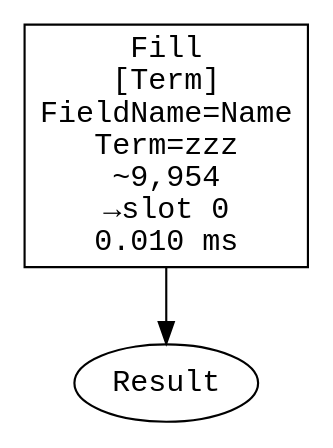
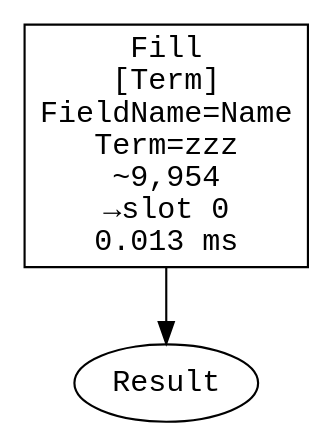
Before and after one commit to ayende/ravendb: the second of 44 diagrams in corax-query-catalog.md, drawn with Graphviz. The commit also changed other lines of this file and 1 other file, not shown here.

First line of the commit message:
RavenDB-25281 Regenerate query catalog for producer-node rendering

````diff
--- a/corax-query-catalog.md
+++ b/corax-query-catalog.md
@@ -101,9 +101,9 @@
 ```dot
 digraph QueryPlan {
   rankdir=TB;
-  node [shape=box, fontname="monospace"];
-  op0 [label="Fill\n[Term]\nFieldName=Name\nTerm=zzz\n~9,954\n→slot 0\n0.010 ms", data_destslot="0", data_dispatch="Term", data_fieldname="Name", data_term="zzz", data_estimatedrows="9,954", data_ms="0.010"];
-  result [shape=ellipse, label="Result"];
-  op0 -> result;
+  node [shape="box", fontname="monospace"];
+  op0 [label="Fill\n[Term]\nFieldName=Name\nTerm=zzz\n~9,954\n→slot 0\n0.013 ms", data_operation="Fill", data_destslot="0", data_dispatch="Term", data_fieldname="Name", data_term="zzz", data_estimatedrows="9,954", data_ms="0.013"];
+  result [shape="ellipse", label="Result", data_operation="Result"];
+  op0 -> result [data_kind="result", data_variant="bitmap-plain", data_flow="none"];
 }
 ```
````
